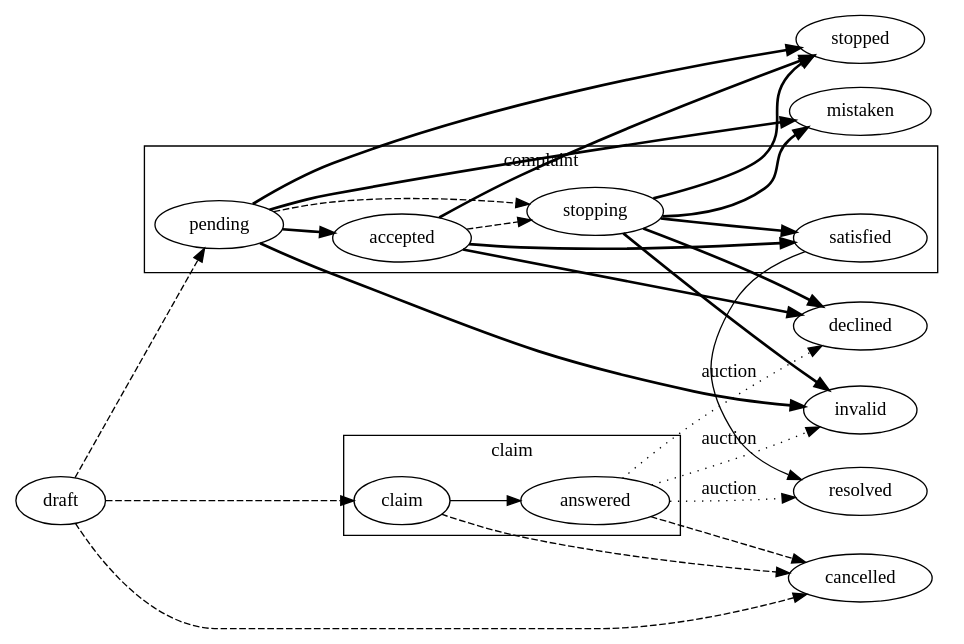
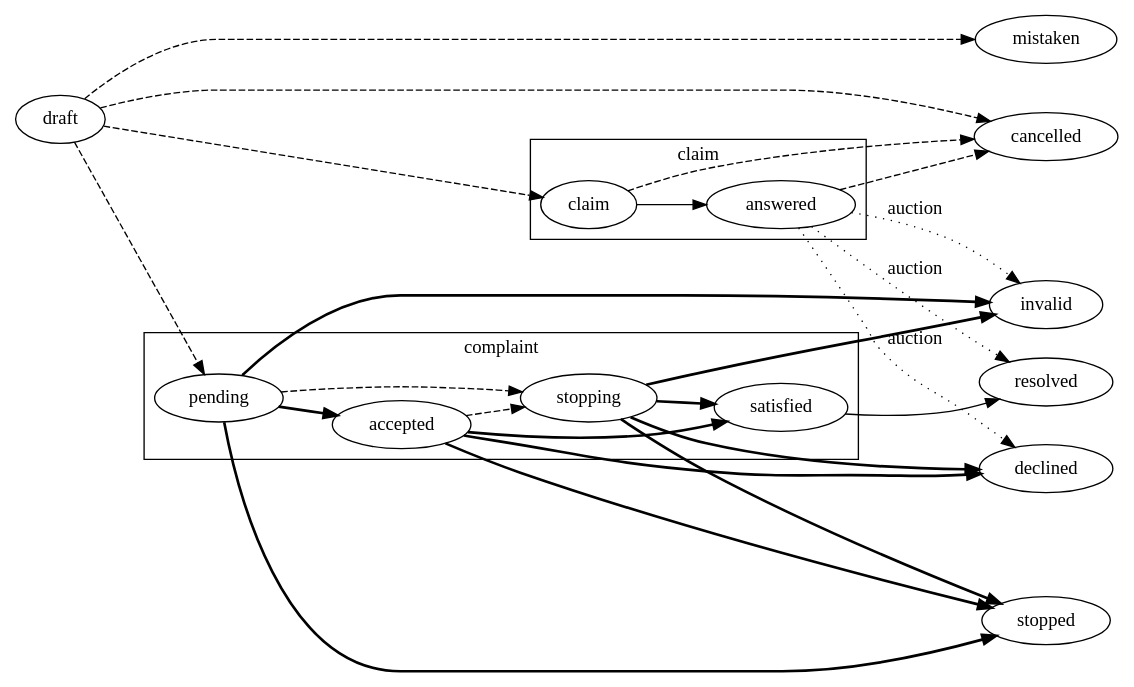
Before and after one commit to ProzorroUKR/openprocurement.api: the second of 4 diagrams in docs/source/tendering/openua/complaints.rst, drawn with Graphviz. The commit also changed other lines of this file and 108 other files, not shown here.

```diff
--- a/docs/source/tendering/openua/complaints.rst
+++ b/docs/source/tendering/openua/complaints.rst
@@ -50,28 +50,27 @@
 .. graphviz::
 
     digraph G {
         rankdir=LR;
         {rank=same; mistaken; invalid; resolved; declined; stopped; cancelled;}
         subgraph cluster_claim {
             label = "claim";
             claim; answered;
         }
         subgraph cluster_complaint {
             label = "complaint";
             pending; satisfied; accepted; stopping;
         }
         claim -> answered;
         satisfied -> resolved;
         edge[style=dashed];
-        draft -> {claim,pending};
+        draft -> {claim,pending, mistaken};
         {draft,claim,answered} -> cancelled;
         pending -> stopping;
         accepted -> stopping;
         edge[style=bold];
         accepted -> {declined,satisfied,stopped};
         pending -> {accepted,invalid,stopped};
         stopping -> {stopped,invalid,declined,satisfied};
-        {pending;stopping} -> mistaken;
         edge[label="auction" style=dotted];
         answered -> {invalid,declined,resolved};
     }
```
